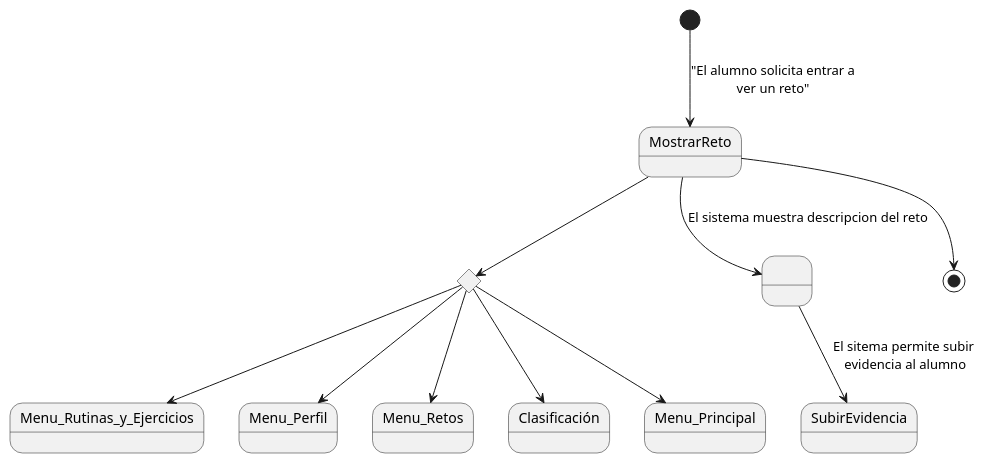
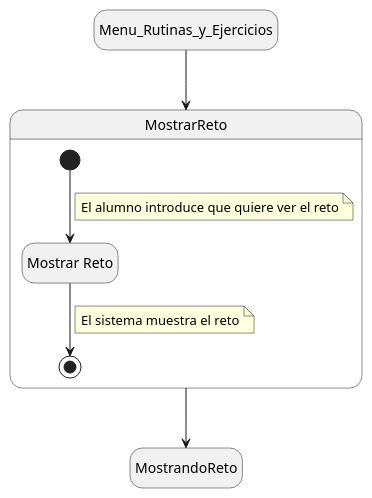
The diagram in Documentos/DetallarCasosDeUso/Alumno/MostrarReto.puml (mmasias/24-25-IdSw1-SDR), drawn with PlantUML before and after one commit.

```diff
--- a/Documentos/DetallarCasosDeUso/Alumno/MostrarReto.puml
+++ b/Documentos/DetallarCasosDeUso/Alumno/MostrarReto.puml
@@ -1,26 +1,20 @@
 @startuml
+
+hide empty description
+
 state Menu_Rutinas_y_Ejercicios
-state rombo2 <<choice>>
 
-state SubirEvidencia
-state MostrarReto
-state Menu_Perfil
-state Menu_Retos
-state Clasificación
-state Menu_Principal
-state " " as Estado1
-
-[*] --> MostrarReto : "El alumno solicita entrar a\nver un reto"
-
-MostrarReto --> Estado1 : El sistema muestra descripcion del reto
-Estado1 --> SubirEvidencia : El sitema permite subir \nevidencia al alumno
-
-MostrarReto --> rombo2
-rombo2 --> Menu_Perfil
-rombo2 --> Menu_Retos
-rombo2 --> Clasificación
-rombo2 --> Menu_Principal
-rombo2 --> Menu_Rutinas_y_Ejercicios
-
-MostrarReto --> [*]
+state MostrarReto{
+    state VerReto as "Mostrar Reto"
+    [*] --> VerReto
+    note on link
+        El alumno introduce que quiere ver el reto
+    end note
+    VerReto --> [*]
+    note on link
+        El sistema muestra el reto
+    end note
+}
+Menu_Rutinas_y_Ejercicios --> MostrarReto
+MostrarReto --> MostrandoReto
 @enduml
```
